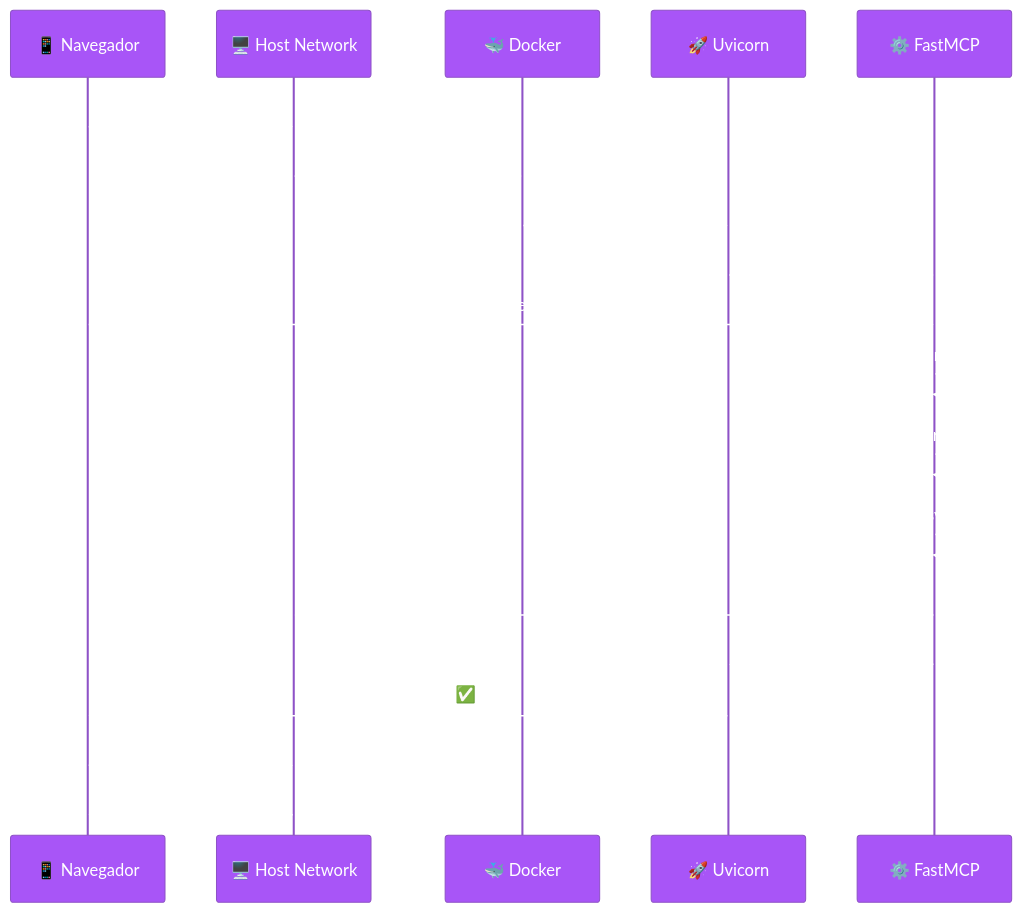
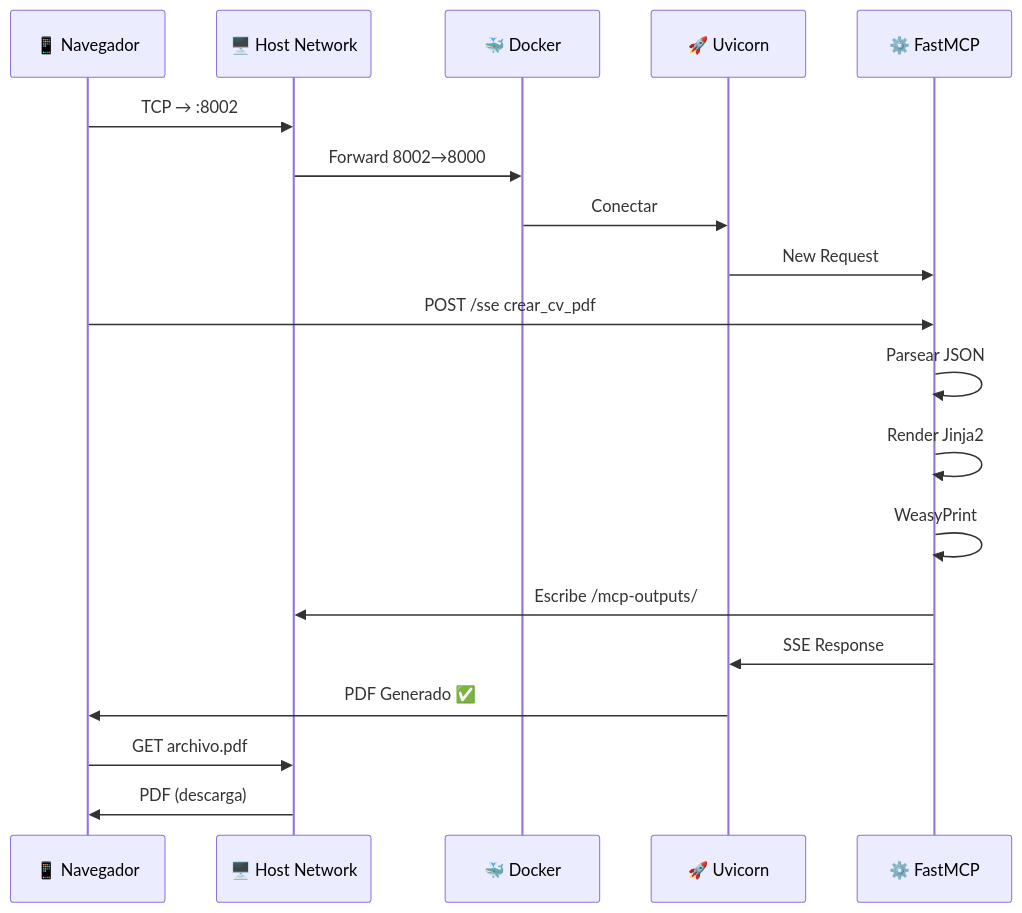
One commit to cjhirashi/cjhirashi-career changed the third of 3 diagrams in docs/NETWORK_TOPOLOGY.md. Above: the diagram before and after it, drawn with Mermaid. The commit also changed other lines of this file and 2 other files, not shown here.

First line of the commit message:
fix: Rebuild Mermaid diagrams with solid color gradients for better visibility

````diff
--- a/docs/NETWORK_TOPOLOGY.md
+++ b/docs/NETWORK_TOPOLOGY.md
@@ -226,33 +207,22 @@
 ```mermaid
-%%{init: {
-  'theme': 'base',
-  'themeVariables': {
-    'primaryColor': '#A855F7',
-    'primaryTextColor': '#ffffff',
-    'secondaryColor': '#10B981',
-    'tertiaryColor': '#06B6D4',
-    'lineColor': '#059669'
-  }
-}}%%
-
 sequenceDiagram
   participant BROWSER as 📱 Navegador
   participant HOSTNET as 🖥️ Host Network
   participant DOCKER as 🐳 Docker
   participant UVICORN as 🚀 Uvicorn
   participant APP as ⚙️ FastMCP
 
   BROWSER->>HOSTNET: TCP → :8002
   HOSTNET->>DOCKER: Forward 8002→8000
   DOCKER->>UVICORN: Conectar
-  UVICORN->>APP: Request
+  UVICORN->>APP: New Request
   BROWSER->>APP: POST /sse crear_cv_pdf
   APP->>APP: Parsear JSON
   APP->>APP: Render Jinja2
   APP->>APP: WeasyPrint
   APP->>HOSTNET: Escribe /mcp-outputs/
   APP->>UVICORN: SSE Response
   UVICORN->>BROWSER: PDF Generado ✅
   BROWSER->>HOSTNET: GET archivo.pdf
   HOSTNET->>BROWSER: PDF (descarga)
 ```
````
